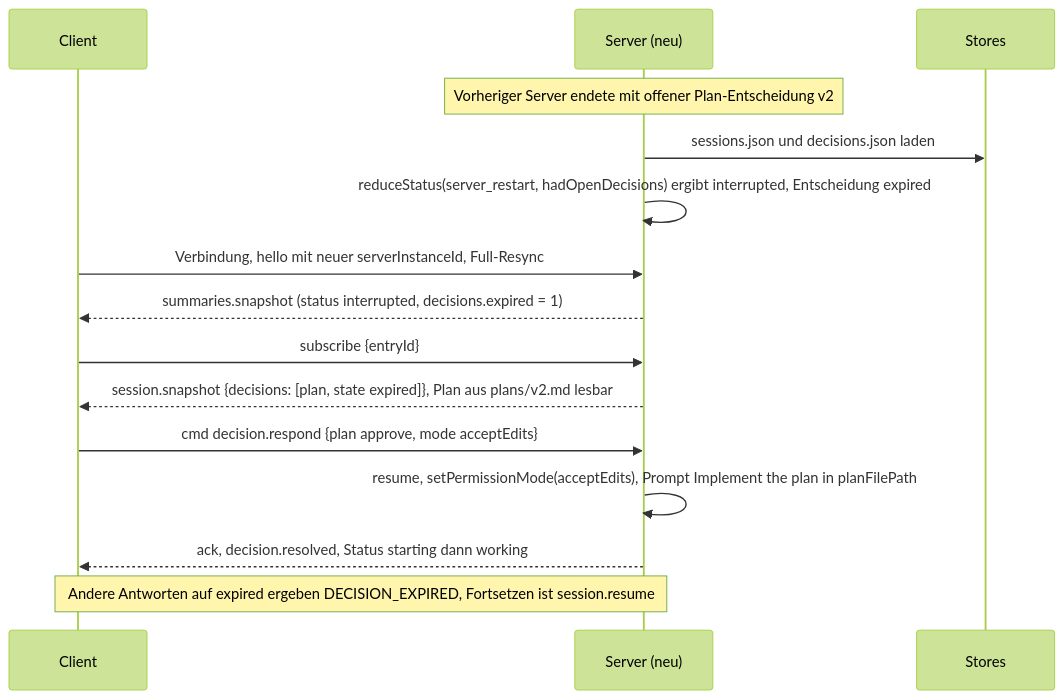
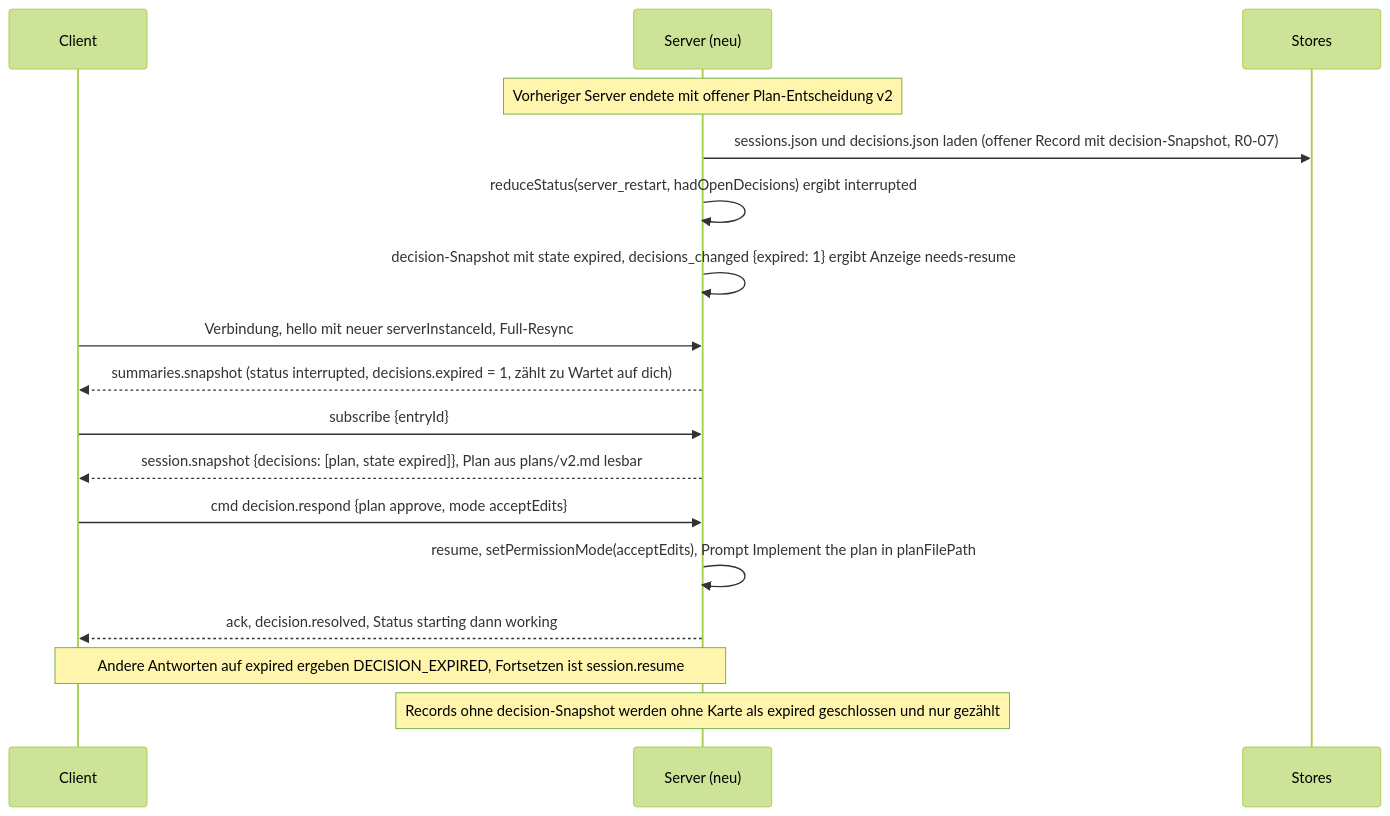
Before and after one commit to DerXHelp/parallax: the eighth of 10 diagrams in docs/architecture.md, drawn with Mermaid (forest theme). The commit also changed other lines of this file and 45 other files, not shown here.

````diff
--- a/docs/architecture.md
+++ b/docs/architecture.md
@@ -308,17 +438,19 @@
 ```mermaid
 sequenceDiagram
   participant C as Client
   participant S as Server (neu)
   participant D as Stores
   Note over S: Vorheriger Server endete mit offener Plan-Entscheidung v2
-  S->>D: sessions.json und decisions.json laden
-  S->>S: reduceStatus(server_restart, hadOpenDecisions) ergibt interrupted, Entscheidung expired
+  S->>D: sessions.json und decisions.json laden (offener Record mit decision-Snapshot, R0-07)
+  S->>S: reduceStatus(server_restart, hadOpenDecisions) ergibt interrupted
+  S->>S: decision-Snapshot mit state expired, decisions_changed {expired: 1} ergibt Anzeige needs-resume
   C->>S: Verbindung, hello mit neuer serverInstanceId, Full-Resync
-  S-->>C: summaries.snapshot (status interrupted, decisions.expired = 1)
+  S-->>C: summaries.snapshot (status interrupted, decisions.expired = 1, zählt zu Wartet auf dich)
   C->>S: subscribe {entryId}
   S-->>C: session.snapshot {decisions: [plan, state expired]}, Plan aus plans/v2.md lesbar
   C->>S: cmd decision.respond {plan approve, mode acceptEdits}
   S->>S: resume, setPermissionMode(acceptEdits), Prompt Implement the plan in planFilePath
   S-->>C: ack, decision.resolved, Status starting dann working
   Note over C,S: Andere Antworten auf expired ergeben DECISION_EXPIRED, Fortsetzen ist session.resume
+  Note over S: Records ohne decision-Snapshot werden ohne Karte als expired geschlossen und nur gezählt
 ```
````
